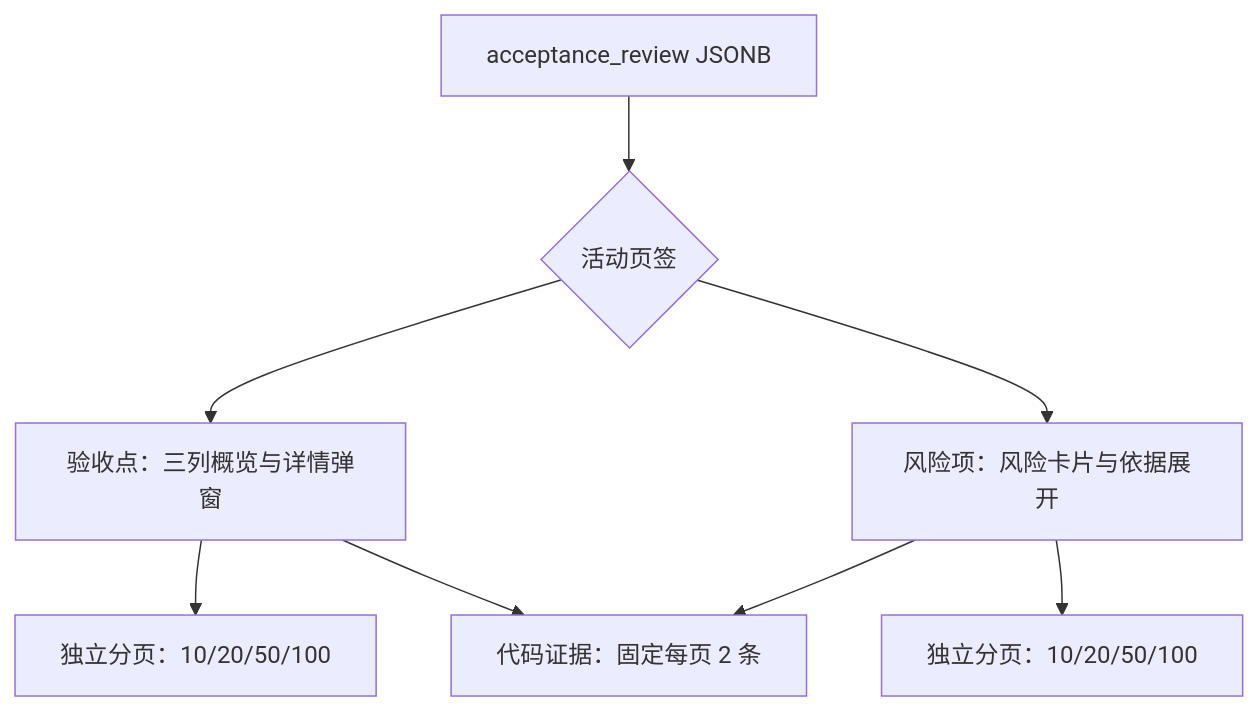
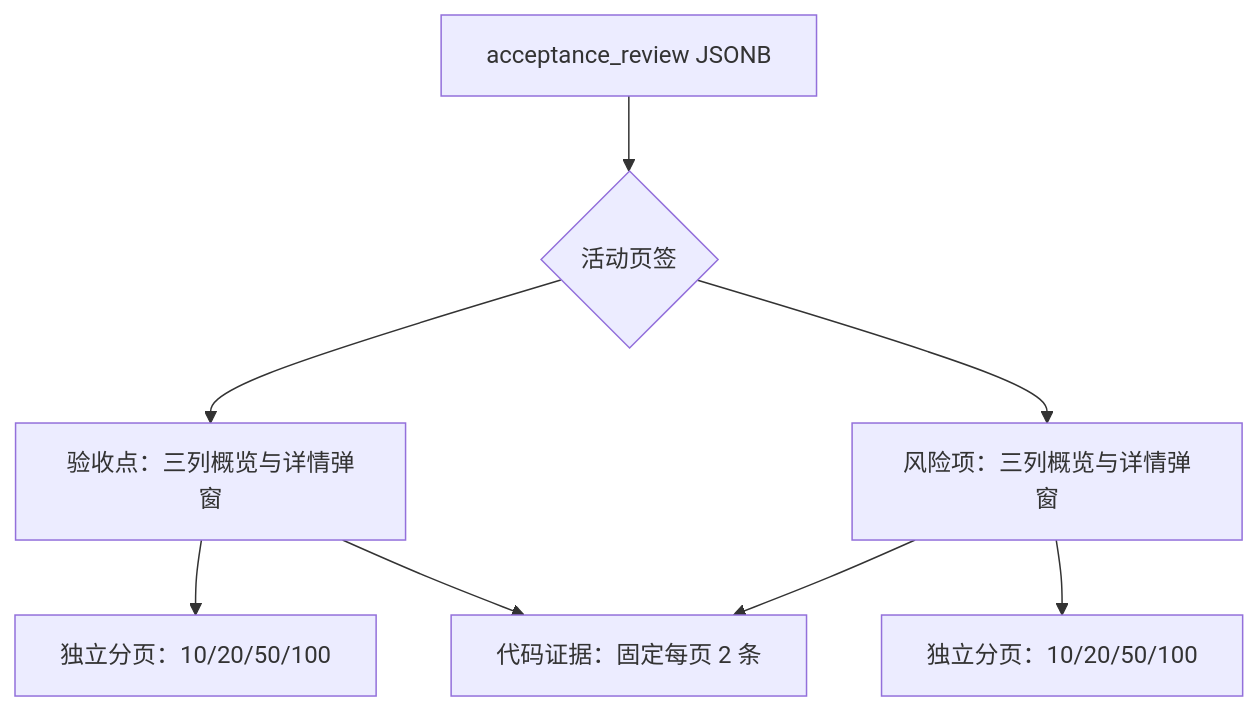
One commit to xyx1028/codeReviewPlatform changed the diagram in 需求开发评审一致性平台/V1.45-验收点风险项页签分页/需求开发评审一致性平台-V1.45验收点风险项页签分页-最终执行方案.md. Above: the diagram before and after it, drawn with Mermaid. The commit also changed other lines of this file and 2 other files, not shown here.

````diff
--- a/需求开发评审一致性平台/V1.45-验收点风险项页签分页/需求开发评审一致性平台-V1.45验收点风险项页签分页-最终执行方案.md
+++ b/需求开发评审一致性平台/V1.45-验收点风险项页签分页/需求开发评审一致性平台-V1.45验收点风险项页签分页-最终执行方案.md
@@ -29,10 +30,10 @@
 ```mermaid
 flowchart TD
   R[acceptance_review JSONB] --> T{活动页签}
   T --> C[验收点：三列概览与详情弹窗]
-  T --> K[风险项：风险卡片与依据展开]
+  T --> K[风险项：三列概览与详情弹窗]
   C --> CP[独立分页：10/20/50/100]
   K --> KP[独立分页：10/20/50/100]
   C --> E[代码证据：固定每页 2 条]
   K --> E
 ```
````
